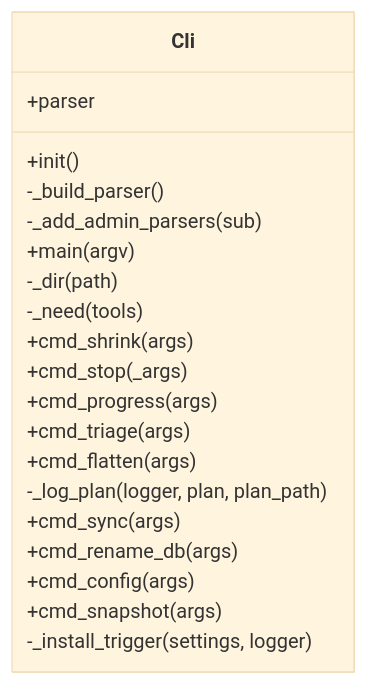
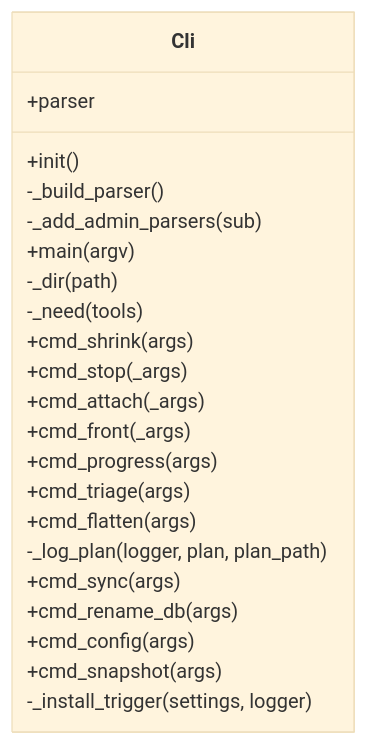
The diagram in docs/img/uml_cli.mmd (peddanet/mediatools), drawn with Mermaid (base theme) before and after one commit. The commit also changed 27 other files, not shown here.

```diff
--- a/docs/img/uml_cli.mmd
+++ b/docs/img/uml_cli.mmd
@@ -1,22 +1,24 @@
 classDiagram
   direction LR
   class Cli {
     +parser
     +init()
     -_build_parser()
     -_add_admin_parsers(sub)
     +main(argv)
     -_dir(path)
     -_need(tools)
     +cmd_shrink(args)
     +cmd_stop(_args)
+    +cmd_attach(_args)
+    +cmd_front(_args)
     +cmd_progress(args)
     +cmd_triage(args)
     +cmd_flatten(args)
     -_log_plan(logger, plan, plan_path)
     +cmd_sync(args)
     +cmd_rename_db(args)
     +cmd_config(args)
     +cmd_snapshot(args)
     -_install_trigger(settings, logger)
   }
```
